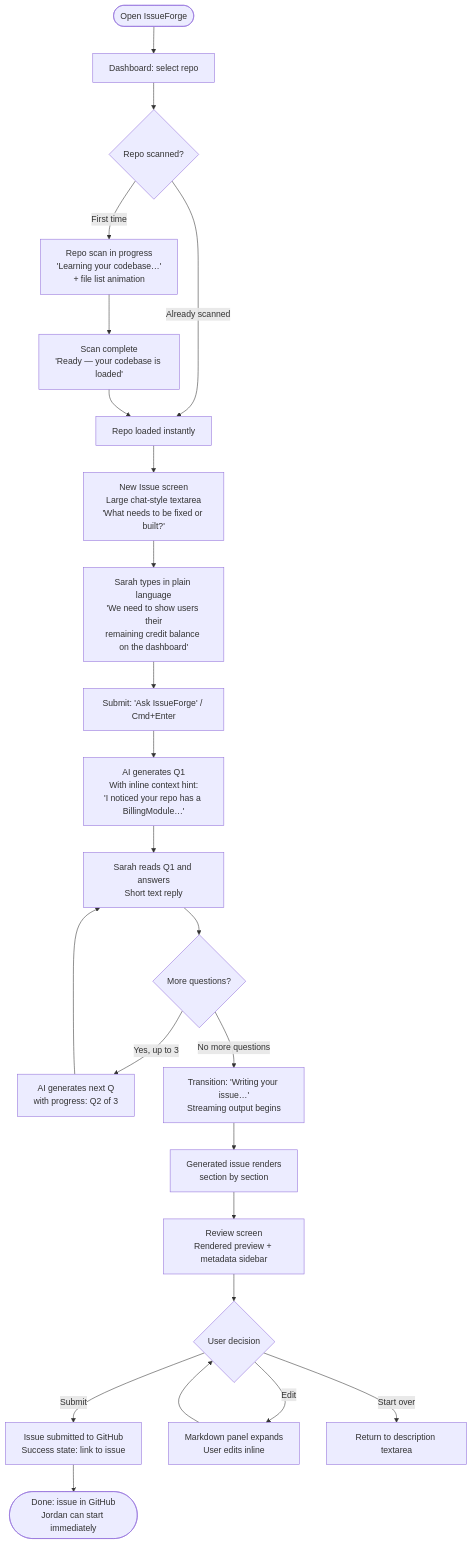
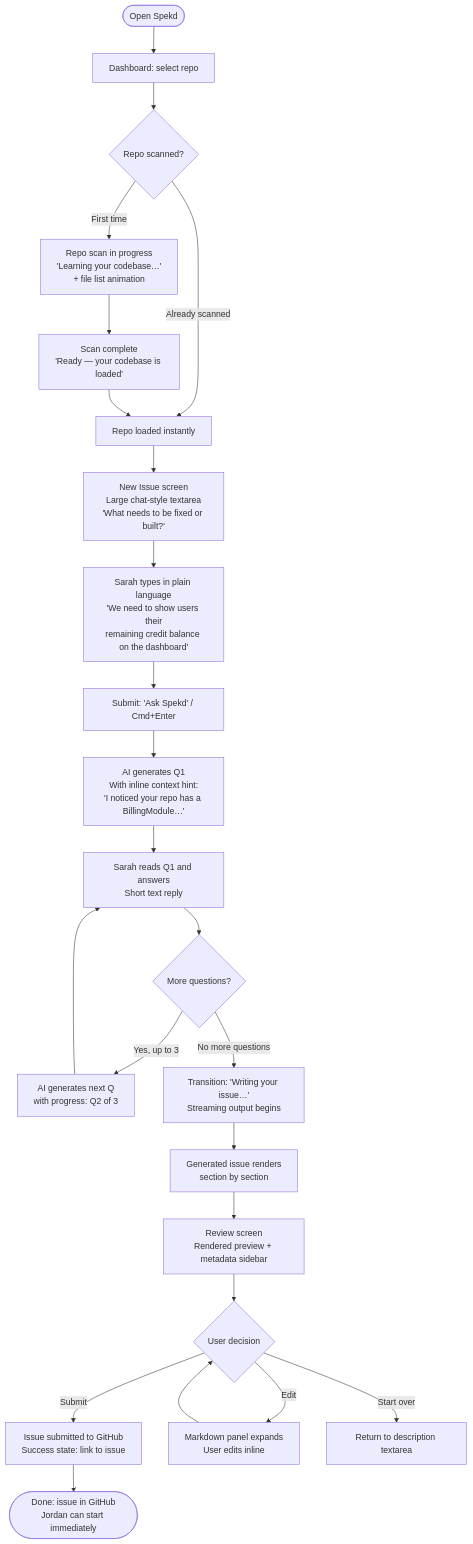
The first of 7 diagrams in _bmad-output/planning-artifacts/ux-design-specification.md (zane-montelli/issueforge), drawn with Mermaid before and after one commit. The commit also changed other lines of this file and 5 other files, not shown here.

Commit message:
Rebrand the product from IssueForge to Spekd with a complete product overhaul

````diff
--- a/_bmad-output/planning-artifacts/ux-design-specification.md
+++ b/_bmad-output/planning-artifacts/ux-design-specification.md
@@ -562,26 +608,26 @@
 ```mermaid
 flowchart TD
-    A([Open IssueForge]) --> B[Dashboard: select repo]
+    A([Open Spekd]) --> B[Dashboard: select repo]
     B --> C{Repo scanned?}
     C -->|First time| D[Repo scan in progress\n'Learning your codebase…'\n+ file list animation]
     D --> E[Scan complete\n'Ready — your codebase is loaded']
     C -->|Already scanned| F[Repo loaded instantly]
     E --> F
     F --> G[New Issue screen\nLarge chat-style textarea\n'What needs to be fixed or built?']
     G --> H[Sarah types in plain language\n'We need to show users their\nremaining credit balance on the dashboard']
-    H --> I[Submit: 'Ask IssueForge' / Cmd+Enter]
+    H --> I[Submit: 'Ask Spekd' / Cmd+Enter]
     I --> J[AI generates Q1\nWith inline context hint:\n'I noticed your repo has a BillingModule…']
     J --> K[Sarah reads Q1 and answers\nShort text reply]
     K --> L{More questions?}
     L -->|Yes, up to 3| M[AI generates next Q\nwith progress: Q2 of 3]
     M --> K
     L -->|No more questions| N[Transition: 'Writing your issue…'\nStreaming output begins]
     N --> O[Generated issue renders\nsection by section]
     O --> P[Review screen\nRendered preview + metadata sidebar]
     P --> Q{User decision}
     Q -->|Submit| R[Issue submitted to GitHub\nSuccess state: link to issue]
     Q -->|Edit| S[Markdown panel expands\nUser edits inline]
     S --> Q
     Q -->|Start over| T[Return to description textarea]
     R --> U([Done: issue in GitHub\nJordan can start immediately])
 ```
````
